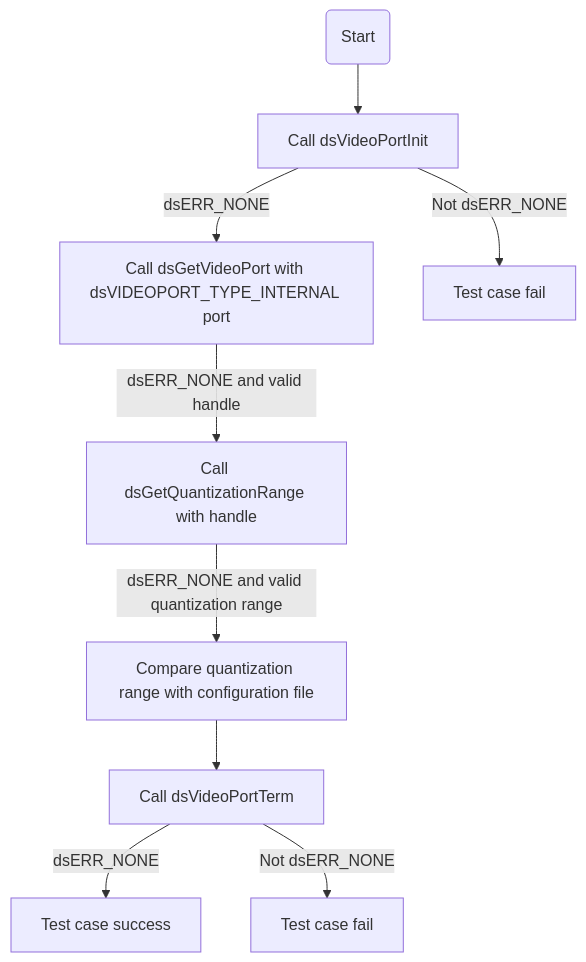
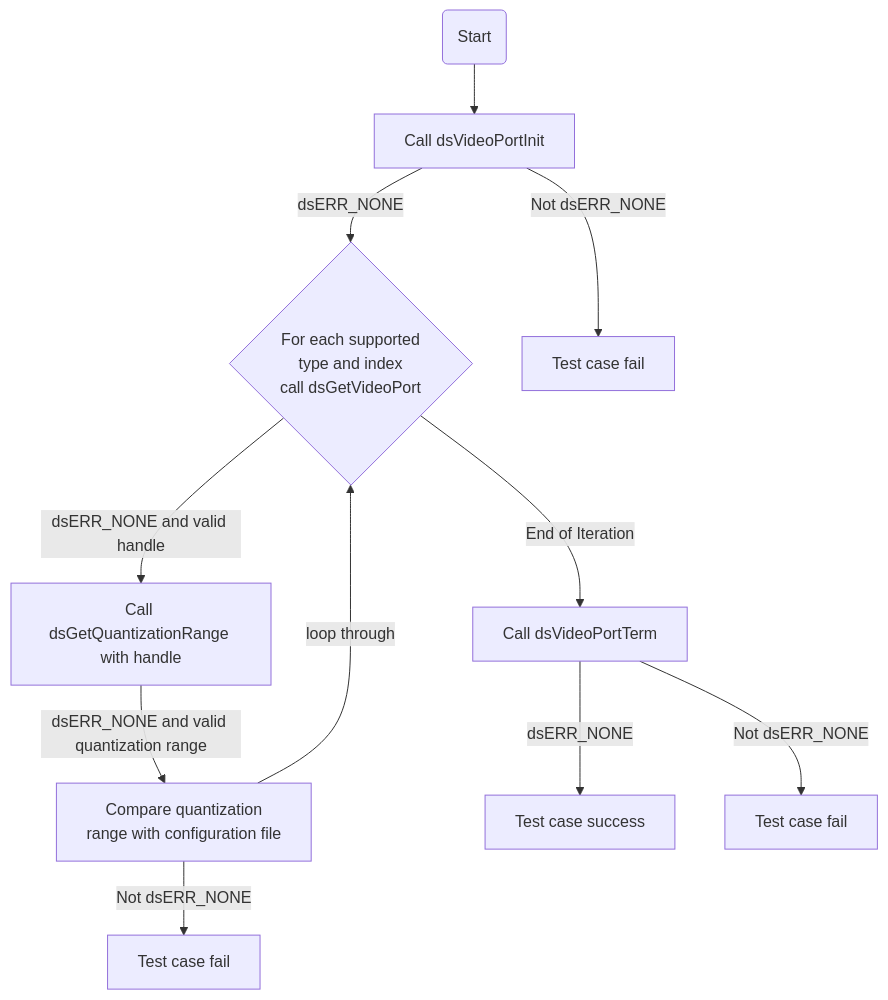
One commit to rdkcentral/rdk-halif-test-device_settings changed diagram 14 of 15 in docs/pages/ds-video-port_L2_Low-Level_TestSpecification.md. Above: the diagram before and after it, drawn with Mermaid. The commit also changed other lines of this file and 13 other files, not shown here.

Commit message:
gh #14 Update test case and configuration

````diff
--- a/docs/pages/ds-video-port_L2_Low-Level_TestSpecification.md
+++ b/docs/pages/ds-video-port_L2_Low-Level_TestSpecification.md
@@ -615,11 +626,13 @@
 ```mermaid
 graph TB
     Start(Start) --> Step1[Call dsVideoPortInit]
-    Step1 -- dsERR_NONE --> Step2[Call dsGetVideoPort with dsVIDEOPORT_TYPE_INTERNAL port]
+    Step1 -- dsERR_NONE --> Step2{For each supported<br> type and index <br> call dsGetVideoPort}
     Step1 -- Not dsERR_NONE --> TestcaseFail1[Test case fail]
     Step2 -- dsERR_NONE and valid handle --> Step3[Call dsGetQuantizationRange with handle]
-    Step3 -- dsERR_NONE and valid quantization range --> Step4[Compare quantization range with configuration file]
-    Step4  --> Step5[Call dsVideoPortTerm]
+    Step3 -- dsERR_NONE and valid quantization range --> Step4[Compare quantization <br>range with configuration file]
+    Step4 -->|loop through | Step2
+    Step4 -- Not dsERR_NONE --> TestcaseFail5[Test case fail]
+    Step2  --> |End of Iteration|Step5[Call dsVideoPortTerm]
     Step5 -- dsERR_NONE --> End[Test case success]
-    Step5 -- Not dsERR_NONE --> TestcaseFail5[Test case fail]
+    Step5 -- Not dsERR_NONE --> TestcaseFail6[Test case fail]
 ```
````
